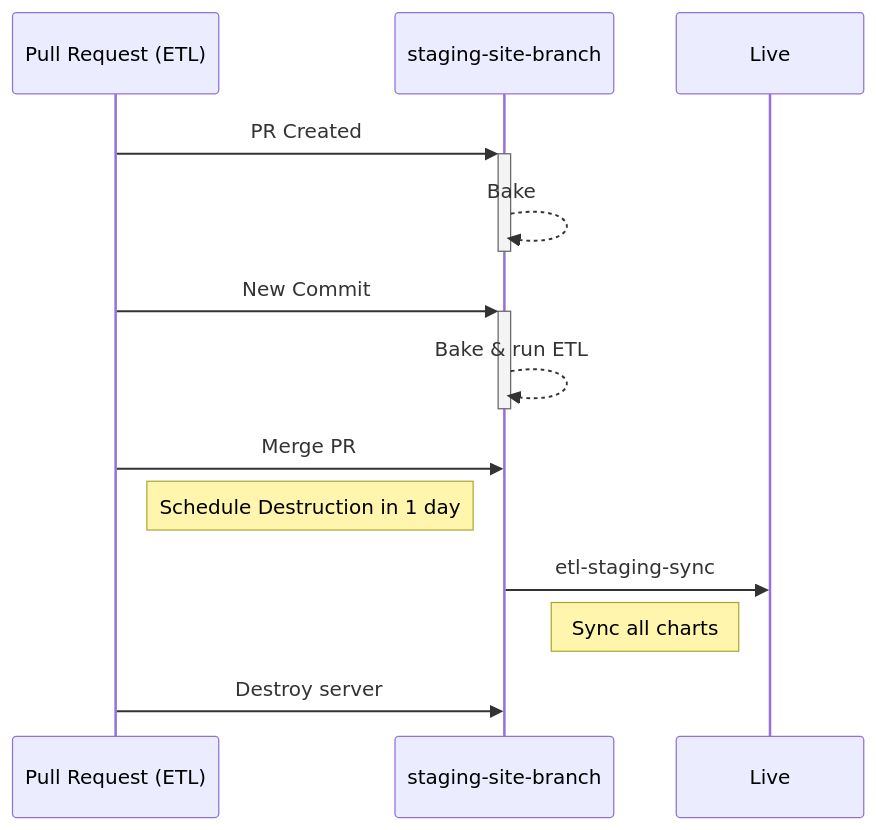
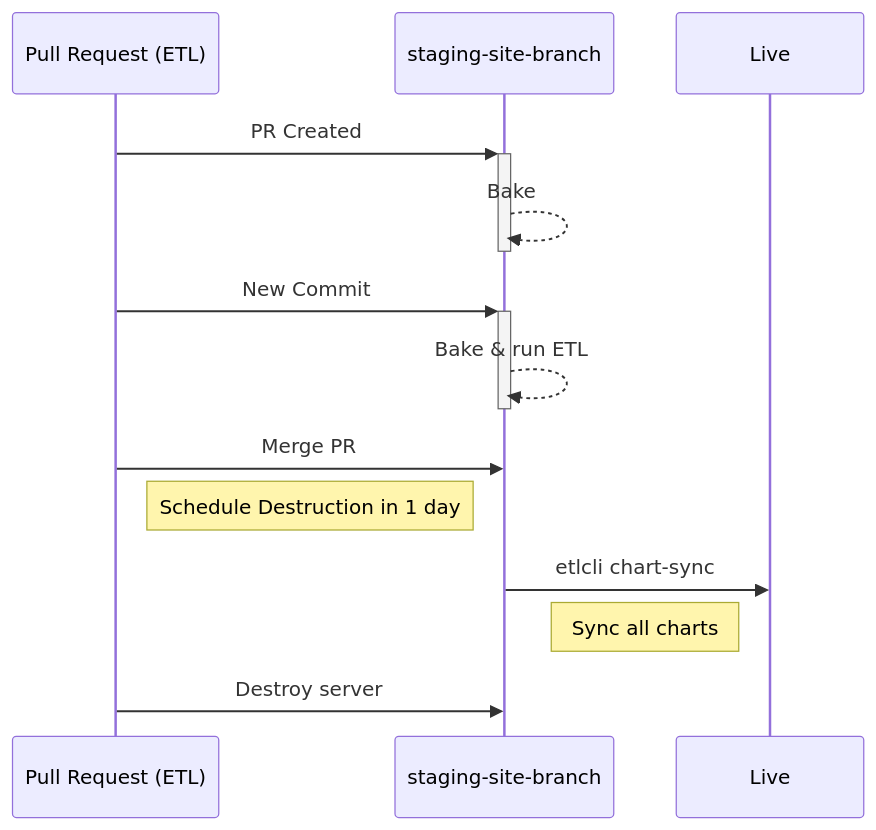
The first of 2 diagrams in docs/architecture/workflow/staging-servers.md (owid/etl), drawn with Mermaid before and after one commit. The commit also changed other lines of this file and 8 other files, not shown here.

````diff
--- a/docs/architecture/workflow/staging-servers.md
+++ b/docs/architecture/workflow/staging-servers.md
@@ -13,16 +13,16 @@
 ```mermaid
 sequenceDiagram
     participant PR as Pull Request (ETL)
     participant SSB as staging-site-branch
     participant live as Live
 
     PR ->>+ SSB: PR Created
     SSB -->>- SSB: Bake
     PR ->>+ SSB: New Commit
     SSB -->>- SSB: Bake & run ETL
     PR ->> SSB: Merge PR
     Note right of PR: Schedule Destruction in 1 day
-    SSB ->> live: etl-staging-sync
+    SSB ->> live: etlcli chart-sync
     Note left of live: Sync all charts
     PR ->> SSB: Destroy server
 ```
````
